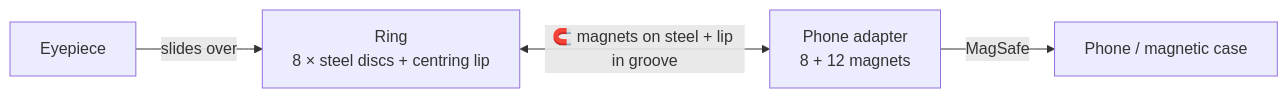
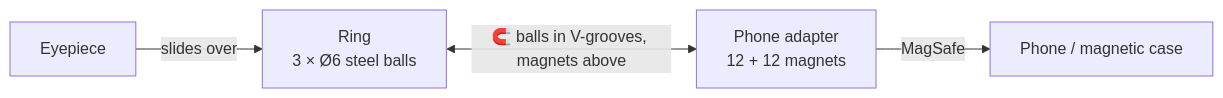
One commit to tofijak/kestrel changed the diagram in README.md. Above: the diagram before and after it, drawn with Mermaid. The commit also changed other lines of this file and 41 other files, not shown here.

First line of the commit message:
Coupling v2: three steel balls in radial V-grooves

````diff
--- a/README.md
+++ b/README.md
@@ -39,6 +39,6 @@
 ```mermaid
 flowchart LR
-    E[Eyepiece] -- slides over --> R[Ring<br/>8 × steel discs + centring lip]
-    R <-- "🧲 magnets on steel + lip in groove" --> A[Phone adapter<br/>8 + 12 magnets]
+    E[Eyepiece] -- slides over --> R[Ring<br/>3 × Ø6 steel balls]
+    R <-- "🧲 balls in V-grooves, magnets above" --> A[Phone adapter<br/>12 + 12 magnets]
     A -- MagSafe --> P[Phone / magnetic case]
 ```
````
